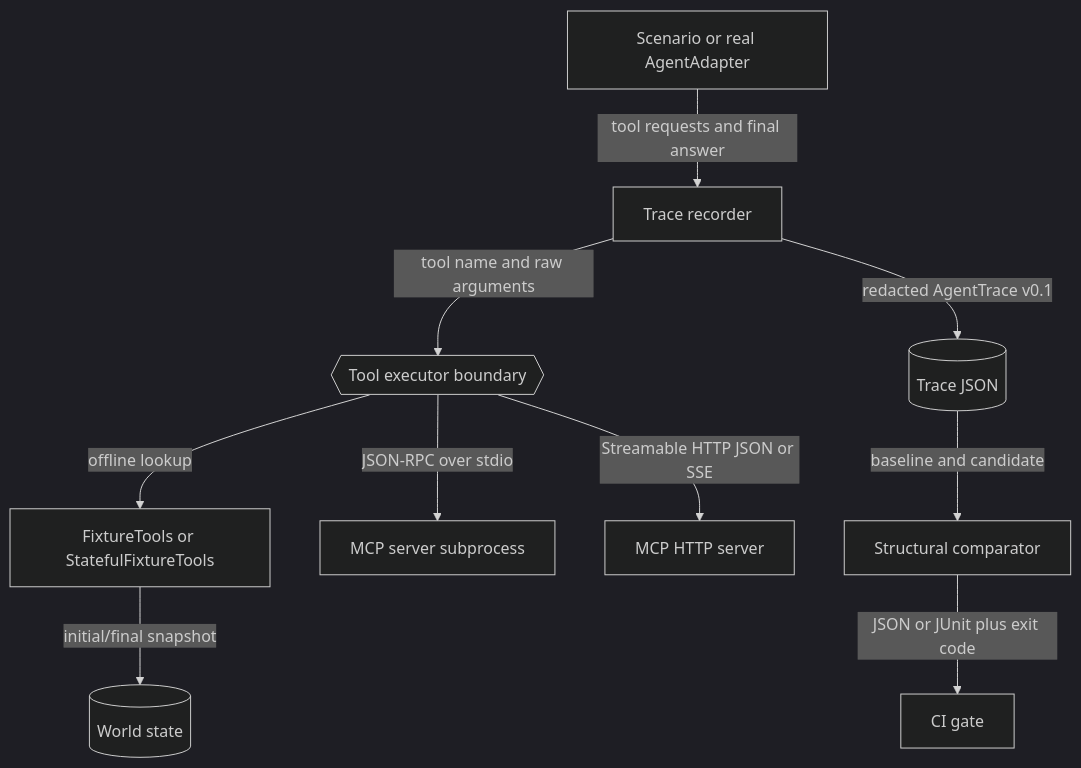
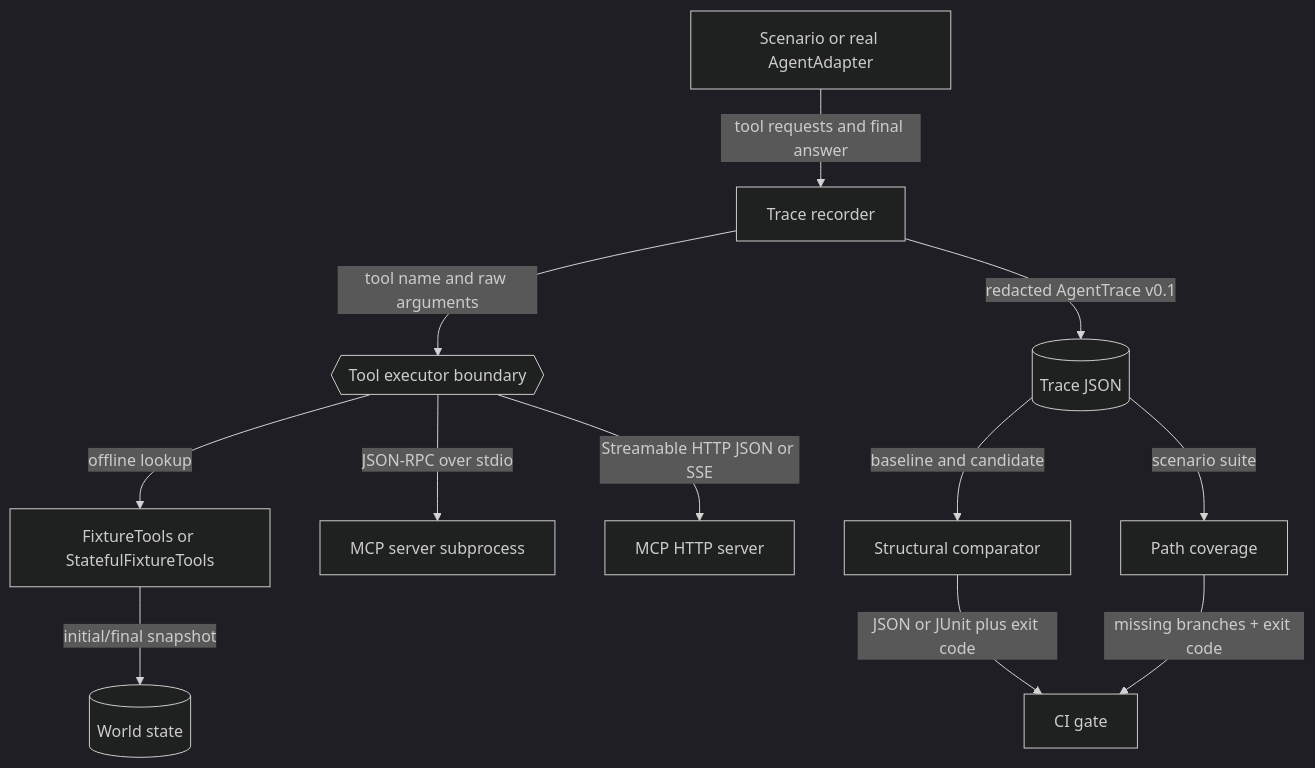
Before and after one commit to ANTAO94/agent-regression-kit: the first of 2 diagrams in docs/architecture.md, drawn with Mermaid (dark theme). The commit also changed other lines of this file and 17 other files, not shown here.

Commit message:
feat: add scenario path coverage gates

````diff
--- a/docs/architecture.md
+++ b/docs/architecture.md
@@ -5,12 +5,14 @@
 ```mermaid
 flowchart TD
     Scenario[Scenario or real AgentAdapter] -->|tool requests and final answer| Recorder[Trace recorder]
     Recorder -->|tool name and raw arguments| Executor{{Tool executor boundary}}
     Executor -->|offline lookup| Fixture[FixtureTools or StatefulFixtureTools]
     Fixture -->|initial/final snapshot| World[(World state)]
     Executor -->|JSON-RPC over stdio| MCP[MCP server subprocess]
     Executor -->|Streamable HTTP JSON or SSE| HTTP[MCP HTTP server]
     Recorder -->|redacted AgentTrace v0.1| Trace[(Trace JSON)]
     Trace -->|baseline and candidate| Compare[Structural comparator]
     Compare -->|JSON or JUnit plus exit code| CI[CI gate]
+    Trace -->|scenario suite| Coverage[Path coverage]
+    Coverage -->|missing branches + exit code| CI
 ```
````
